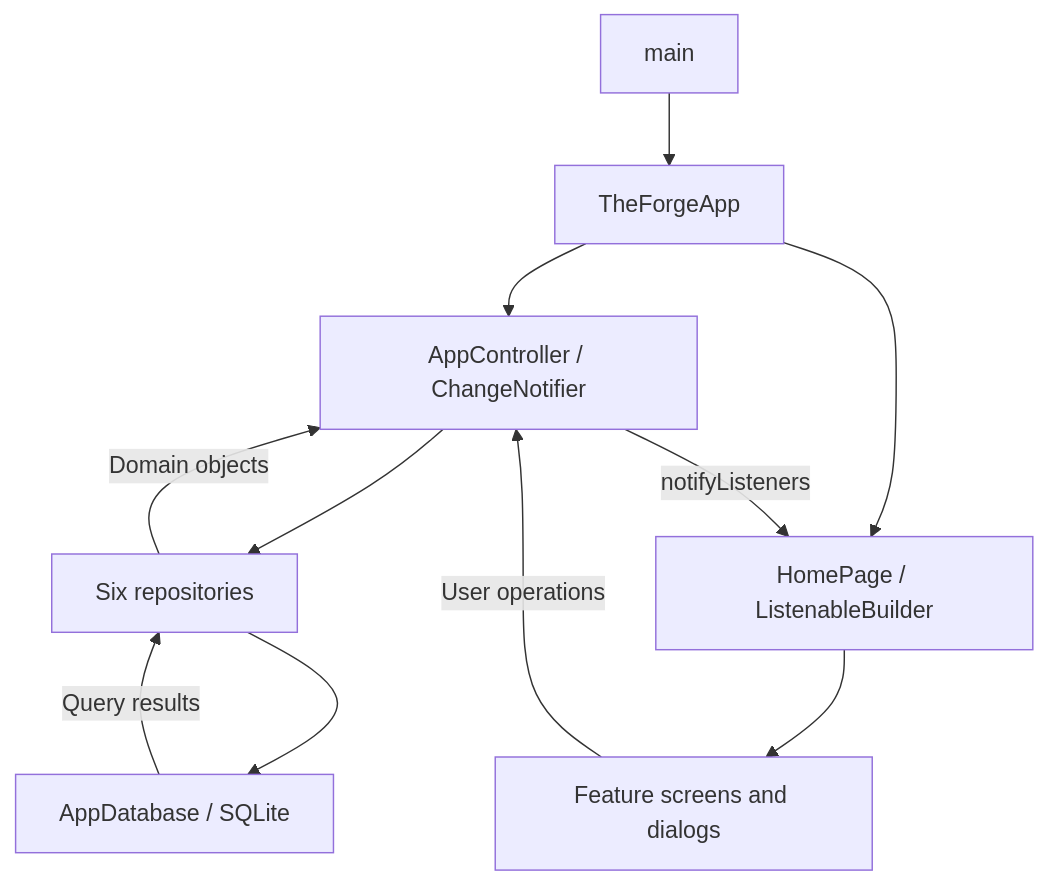
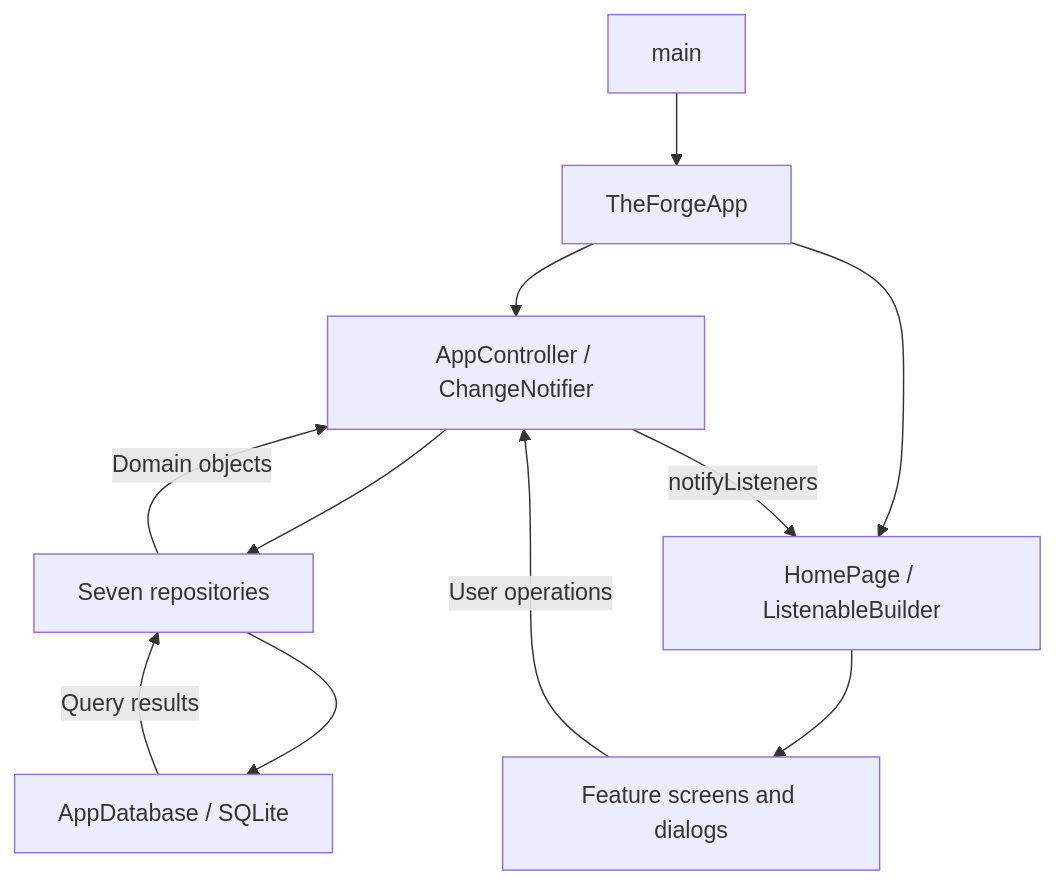
Before and after one commit to cesarombredane/the_forge: the first of 2 diagrams in ARCHITECTURE.md, drawn with Mermaid. The commit also changed other lines of this file and 16 other files, not shown here.

````diff
--- a/ARCHITECTURE.md
+++ b/ARCHITECTURE.md
@@ -49,13 +50,13 @@
 ```mermaid
 flowchart TD
     Main[main] --> Root[TheForgeApp]
     Root --> Controller[AppController / ChangeNotifier]
     Root --> Home[HomePage / ListenableBuilder]
     Home --> Screens[Feature screens and dialogs]
     Screens -->|User operations| Controller
-    Controller --> Repositories[Six repositories]
+    Controller --> Repositories[Seven repositories]
     Repositories --> DB[AppDatabase / SQLite]
     DB -->|Query results| Repositories
     Repositories -->|Domain objects| Controller
     Controller -->|notifyListeners| Home
 ```
````
